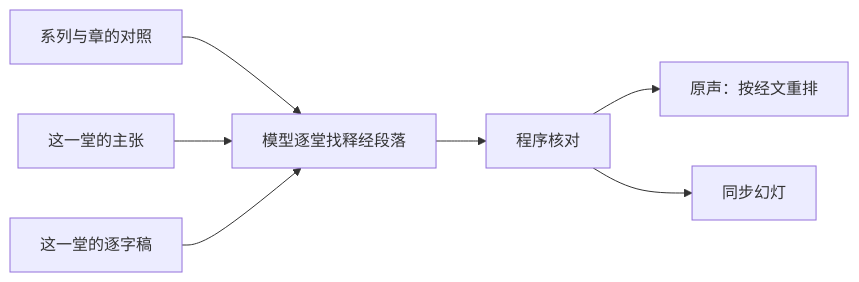
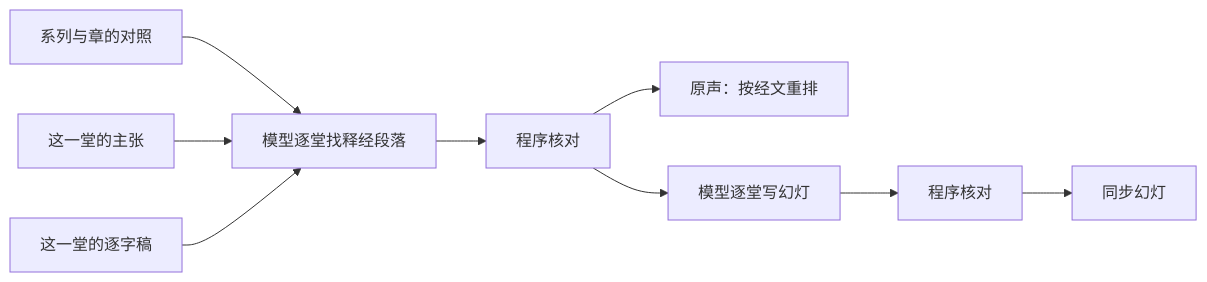
Before and after one commit to junyang168/smart-answer: the diagram in docs/wang-knowledge-platform/30-authoring/matthew_chapter_exposition_page_solution.md, drawn with Mermaid. The commit also changed other lines of this file, not shown here.

First line of the commit message:
docs: slides are written by the model from the kept transcript; every verse he reads is shown

````diff
--- a/docs/wang-knowledge-platform/30-authoring/matthew_chapter_exposition_page_solution.md
+++ b/docs/wang-knowledge-platform/30-authoring/matthew_chapter_exposition_page_solution.md
@@ -77,9 +79,11 @@
 ```mermaid
 flowchart LR
     SERIES["系列与章的对照"] --> READ["模型逐堂找释经段落"]
     CLAIMS["这一堂的主张"] --> READ
     SCRIPT["这一堂的逐字稿"] --> READ
     READ --> CHECK["程序核对"]
     CHECK --> AUDIO["原声：按经文重排"]
-    CHECK --> SLIDES["同步幻灯"]
+    CHECK --> WRITE["模型逐堂写幻灯"]
+    WRITE --> CHECK2["程序核对"]
+    CHECK2 --> SLIDES["同步幻灯"]
 ```
````
